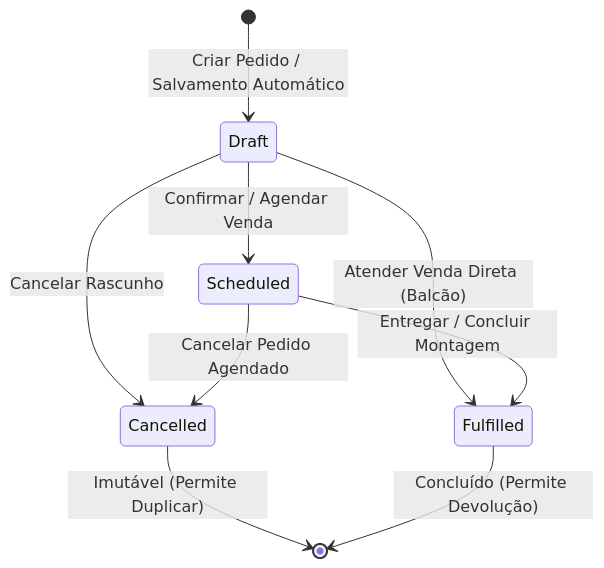
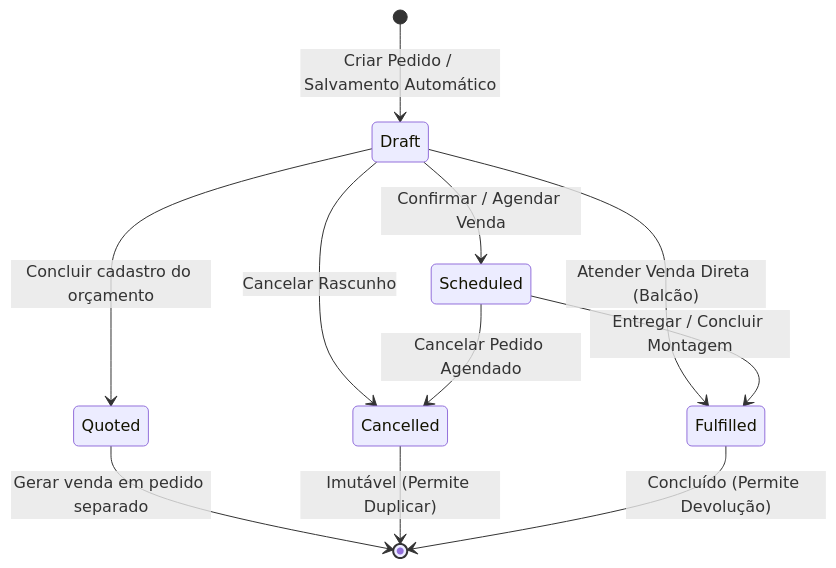
One commit to matheusmorante/moveismorantehub changed the diagram in docs/negocio/vendas/ciclo-de-vida-pedidos.md. Above: the diagram before and after it, drawn with Mermaid. The commit also changed other lines of this file and 38 other files, not shown here.

````diff
--- a/docs/negocio/vendas/ciclo-de-vida-pedidos.md
+++ b/docs/negocio/vendas/ciclo-de-vida-pedidos.md
@@ -9,15 +9,17 @@
 ```mermaid
 stateDiagram-v2
     [*] --> Draft: Criar Pedido / Salvamento Automático
+    Draft --> Quoted: Concluir cadastro do orçamento
+    Quoted --> [*]: Gerar venda em pedido separado
     
     Draft --> Scheduled: Confirmar / Agendar Venda
     Draft --> Fulfilled: Atender Venda Direta (Balcão)
     Draft --> Cancelled: Cancelar Rascunho
     
     Scheduled --> Fulfilled: Entregar / Concluir Montagem
     Scheduled --> Cancelled: Cancelar Pedido Agendado
     
     
     Cancelled --> [*]: Imutável (Permite Duplicar)
     Fulfilled --> [*]: Concluído (Permite Devolução)
 ```
````
